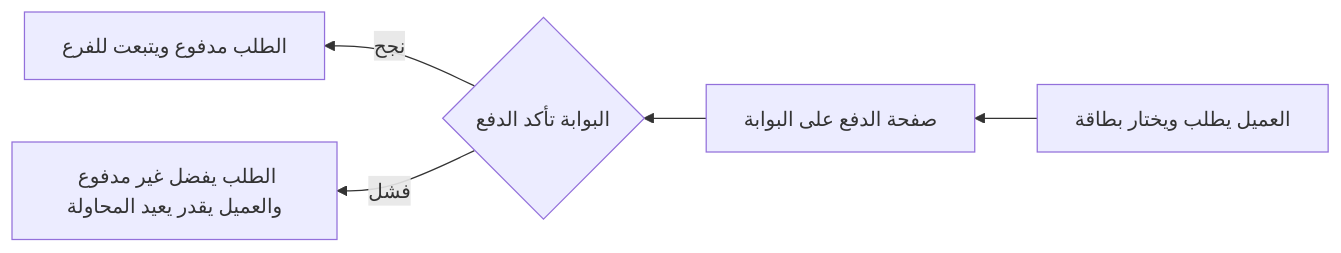
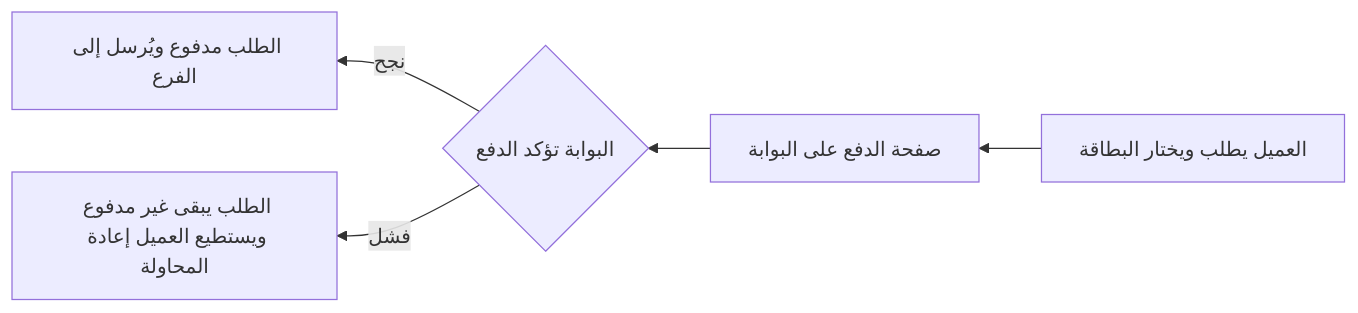
One commit to habibGamal/turbo_tenant changed the diagram in docs/ar/payments.md. Above: the diagram before and after it, drawn with Mermaid. The commit also changed other lines of this file and 20 other files, not shown here.

````diff
--- a/docs/ar/payments.md
+++ b/docs/ar/payments.md
@@ -27,7 +27,7 @@
 ```mermaid
 flowchart RL
-  a[العميل يطلب ويختار بطاقة] --> b[صفحة الدفع على البوابة]
-  b --> c{البوابة تأكد الدفع}
-  c -- نجح --> d[الطلب مدفوع ويتبعت للفرع]
-  c -- فشل --> e[الطلب يفضل غير مدفوع والعميل يقدر يعيد المحاولة]
+  a[العميل يطلب ويختار البطاقة] --> b[صفحة الدفع على البوابة]
+  b --> c{البوابة تؤكد الدفع}
+  c -- نجح --> d[الطلب مدفوع ويُرسل إلى الفرع]
+  c -- فشل --> e[الطلب يبقى غير مدفوع ويستطيع العميل إعادة المحاولة]
 ```
````
